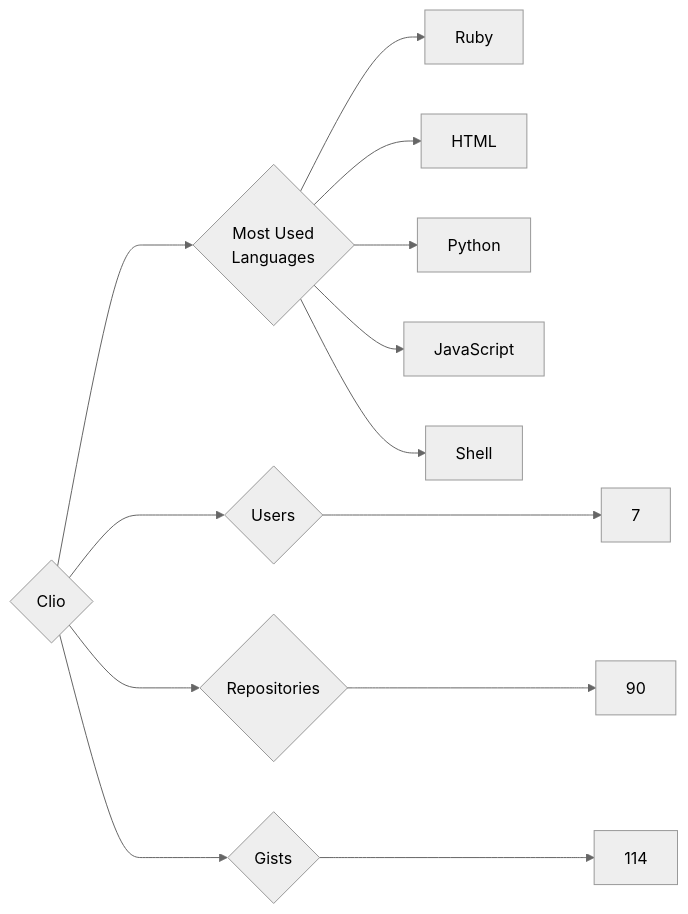
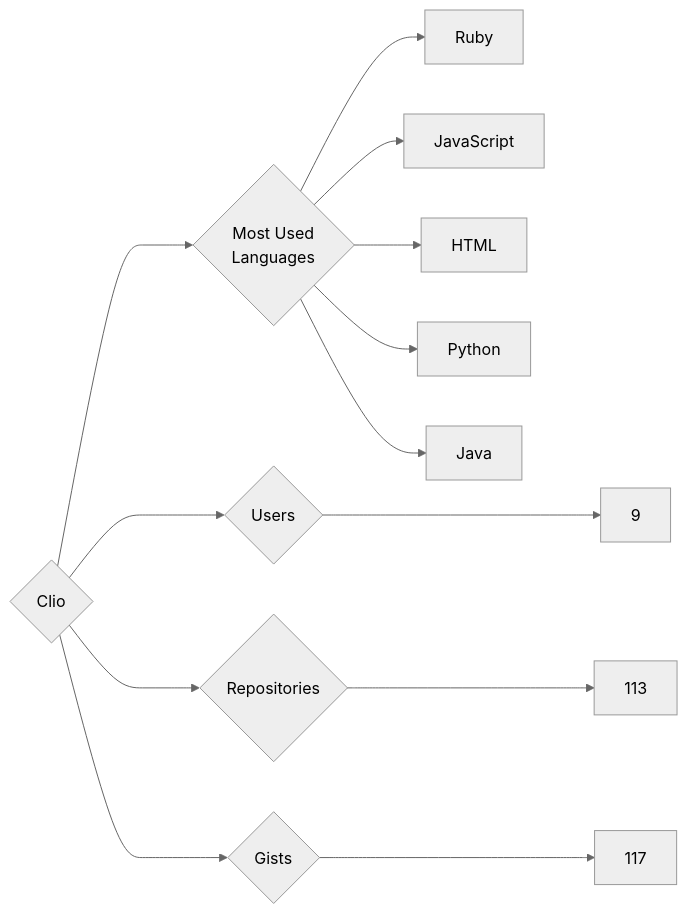
Before and after one commit to trickest/insiders: the diagram in targets/Clio/README.md, drawn with Mermaid (neutral theme). The commit also changed 1020 other files, not shown here.

````diff
--- a/targets/Clio/README.md
+++ b/targets/Clio/README.md
@@ -3,13 +3,13 @@
 ```mermaid
 graph LR
 COMPANY_NAME{Clio}
-COMPANY_NAME ---> U{Users} ---> UN[7]
-COMPANY_NAME ---> R{Repositories} ---> RN[90]
-COMPANY_NAME ---> G{Gists} ---> GN[114]
+COMPANY_NAME ---> U{Users} ---> UN[9]
+COMPANY_NAME ---> R{Repositories} ---> RN[113]
+COMPANY_NAME ---> G{Gists} ---> GN[117]
 COMPANY_NAME ---> ML{Most Used<br>Languages}
 ML --> Ruby[Ruby]
+ML --> JavaScript[JavaScript]
 ML --> HTML[HTML]
 ML --> Python[Python]
-ML --> JavaScript[JavaScript]
-ML --> Shell[Shell]
+ML --> Java[Java]
 ```
````
